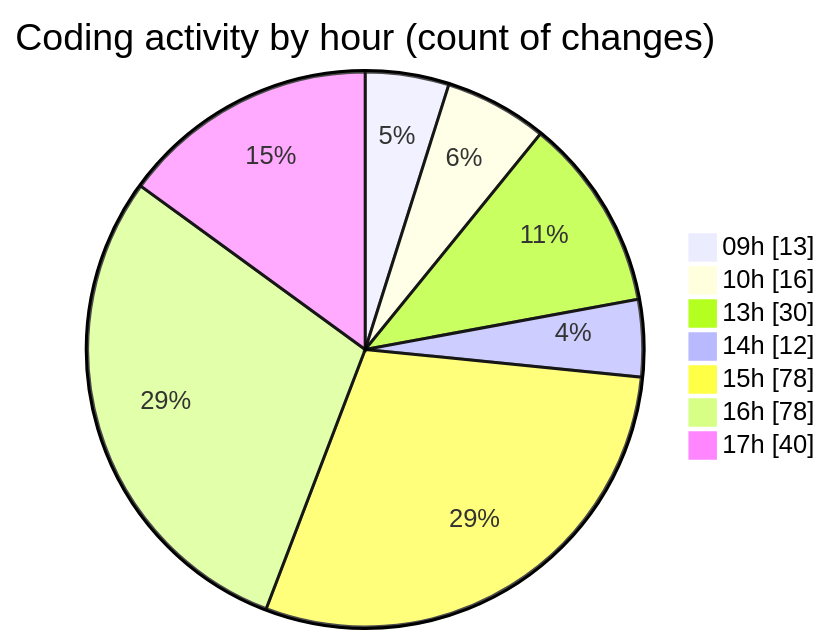
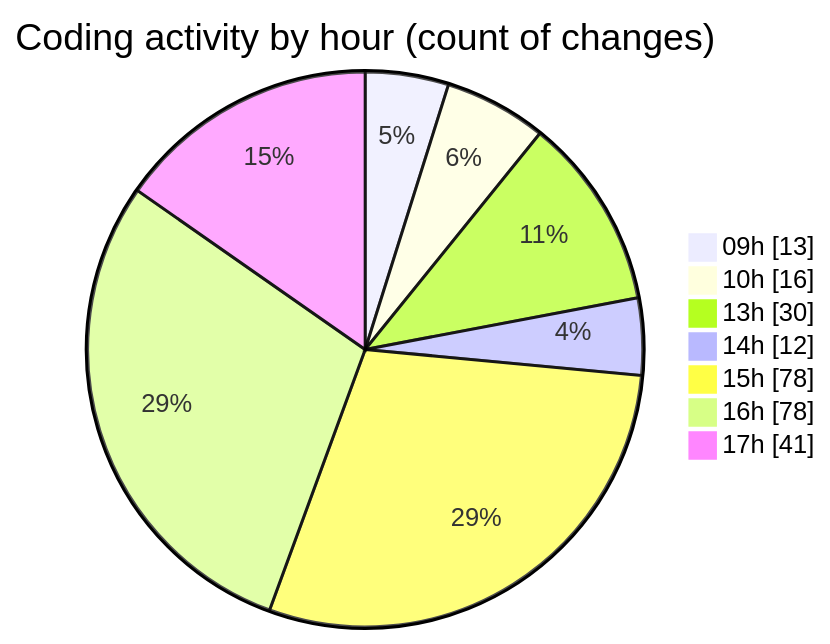
One commit to momahboobian/code-tracking changed the second of 2 diagrams in 2025-03-31/cda/README.md. Above: the diagram before and after it, drawn with Mermaid. The commit also changed other lines of this file and 1 other file, not shown here.

````diff
--- a/2025-03-31/cda/README.md
+++ b/2025-03-31/cda/README.md
@@ -50,11 +50,11 @@
 ```mermaid
 pie showData
 title Coding activity by hour (count of changes)
 "09h" : 13
 "10h" : 16
 "13h" : 30
 "14h" : 12
 "15h" : 78
 "16h" : 78
-"17h" : 40
+"17h" : 41
 ```
````
